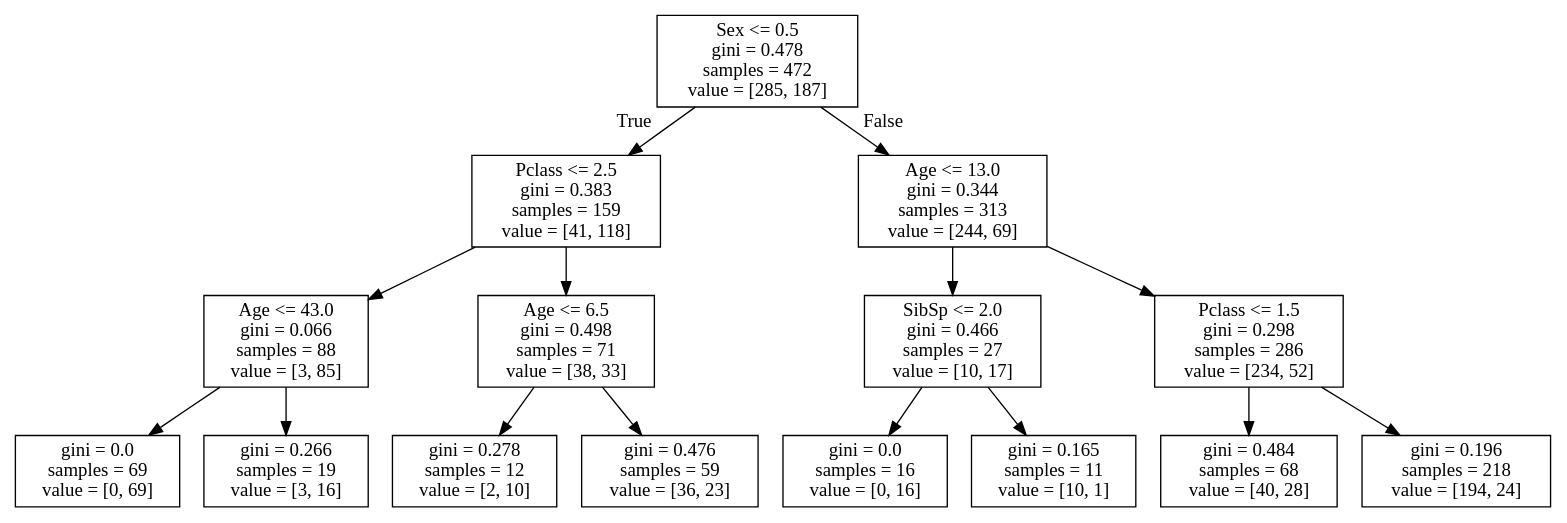
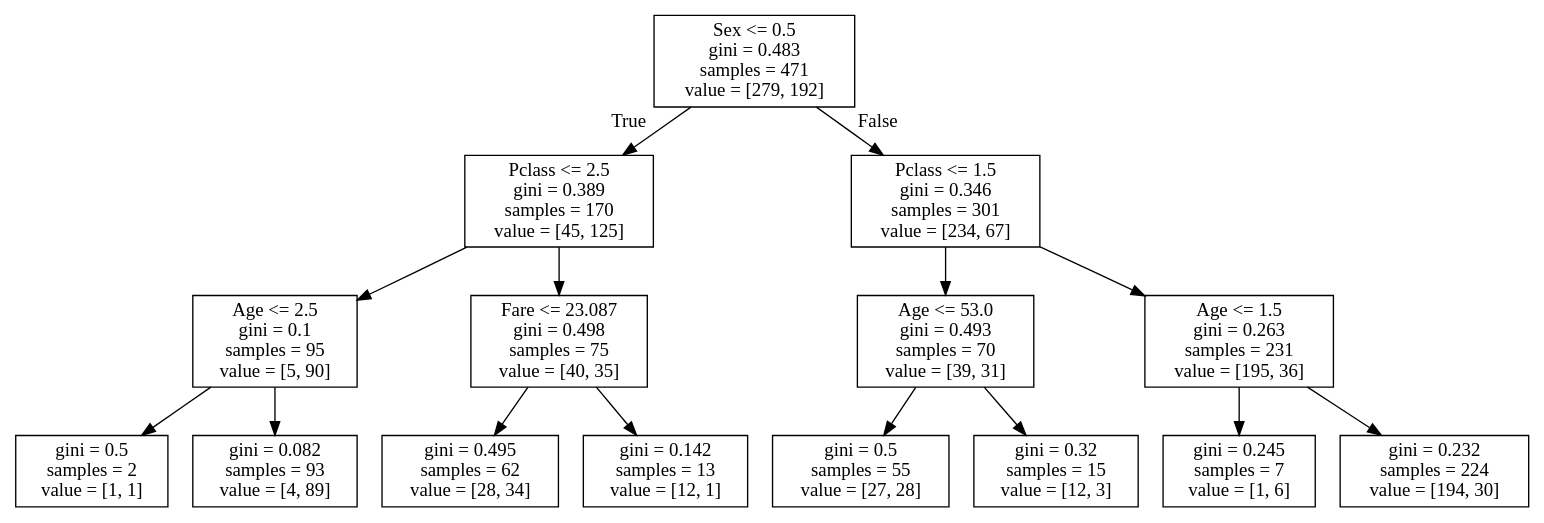
Before and after one commit to Asgavar/studia: the diagram in semestr_5_zima_2019_20/explo/list05/titanic-maxdepth.dot, drawn with Graphviz. The commit also changed 7 other files, not shown here.

```diff
--- a/semestr_5_zima_2019_20/explo/list05/titanic-maxdepth.dot
+++ b/semestr_5_zima_2019_20/explo/list05/titanic-maxdepth.dot
@@ -1,32 +1,32 @@
 digraph Tree {
 node [shape=box] ;
-0 [label="Sex <= 0.5\ngini = 0.478\nsamples = 472\nvalue = [285, 187]"] ;
-1 [label="Pclass <= 2.5\ngini = 0.383\nsamples = 159\nvalue = [41, 118]"] ;
+0 [label="Sex <= 0.5\ngini = 0.483\nsamples = 471\nvalue = [279, 192]"] ;
+1 [label="Pclass <= 2.5\ngini = 0.389\nsamples = 170\nvalue = [45, 125]"] ;
 0 -> 1 [labeldistance=2.5, labelangle=45, headlabel="True"] ;
-2 [label="Age <= 43.0\ngini = 0.066\nsamples = 88\nvalue = [3, 85]"] ;
+2 [label="Age <= 2.5\ngini = 0.1\nsamples = 95\nvalue = [5, 90]"] ;
 1 -> 2 ;
-3 [label="gini = 0.0\nsamples = 69\nvalue = [0, 69]"] ;
+3 [label="gini = 0.5\nsamples = 2\nvalue = [1, 1]"] ;
 2 -> 3 ;
-4 [label="gini = 0.266\nsamples = 19\nvalue = [3, 16]"] ;
+4 [label="gini = 0.082\nsamples = 93\nvalue = [4, 89]"] ;
 2 -> 4 ;
-5 [label="Age <= 6.5\ngini = 0.498\nsamples = 71\nvalue = [38, 33]"] ;
+5 [label="Fare <= 23.087\ngini = 0.498\nsamples = 75\nvalue = [40, 35]"] ;
 1 -> 5 ;
-6 [label="gini = 0.278\nsamples = 12\nvalue = [2, 10]"] ;
+6 [label="gini = 0.495\nsamples = 62\nvalue = [28, 34]"] ;
 5 -> 6 ;
-7 [label="gini = 0.476\nsamples = 59\nvalue = [36, 23]"] ;
+7 [label="gini = 0.142\nsamples = 13\nvalue = [12, 1]"] ;
 5 -> 7 ;
-8 [label="Age <= 13.0\ngini = 0.344\nsamples = 313\nvalue = [244, 69]"] ;
+8 [label="Pclass <= 1.5\ngini = 0.346\nsamples = 301\nvalue = [234, 67]"] ;
 0 -> 8 [labeldistance=2.5, labelangle=-45, headlabel="False"] ;
-9 [label="SibSp <= 2.0\ngini = 0.466\nsamples = 27\nvalue = [10, 17]"] ;
+9 [label="Age <= 53.0\ngini = 0.493\nsamples = 70\nvalue = [39, 31]"] ;
 8 -> 9 ;
-10 [label="gini = 0.0\nsamples = 16\nvalue = [0, 16]"] ;
+10 [label="gini = 0.5\nsamples = 55\nvalue = [27, 28]"] ;
 9 -> 10 ;
-11 [label="gini = 0.165\nsamples = 11\nvalue = [10, 1]"] ;
+11 [label="gini = 0.32\nsamples = 15\nvalue = [12, 3]"] ;
 9 -> 11 ;
-12 [label="Pclass <= 1.5\ngini = 0.298\nsamples = 286\nvalue = [234, 52]"] ;
+12 [label="Age <= 1.5\ngini = 0.263\nsamples = 231\nvalue = [195, 36]"] ;
 8 -> 12 ;
-13 [label="gini = 0.484\nsamples = 68\nvalue = [40, 28]"] ;
+13 [label="gini = 0.245\nsamples = 7\nvalue = [1, 6]"] ;
 12 -> 13 ;
-14 [label="gini = 0.196\nsamples = 218\nvalue = [194, 24]"] ;
+14 [label="gini = 0.232\nsamples = 224\nvalue = [194, 30]"] ;
 12 -> 14 ;
 }
```
